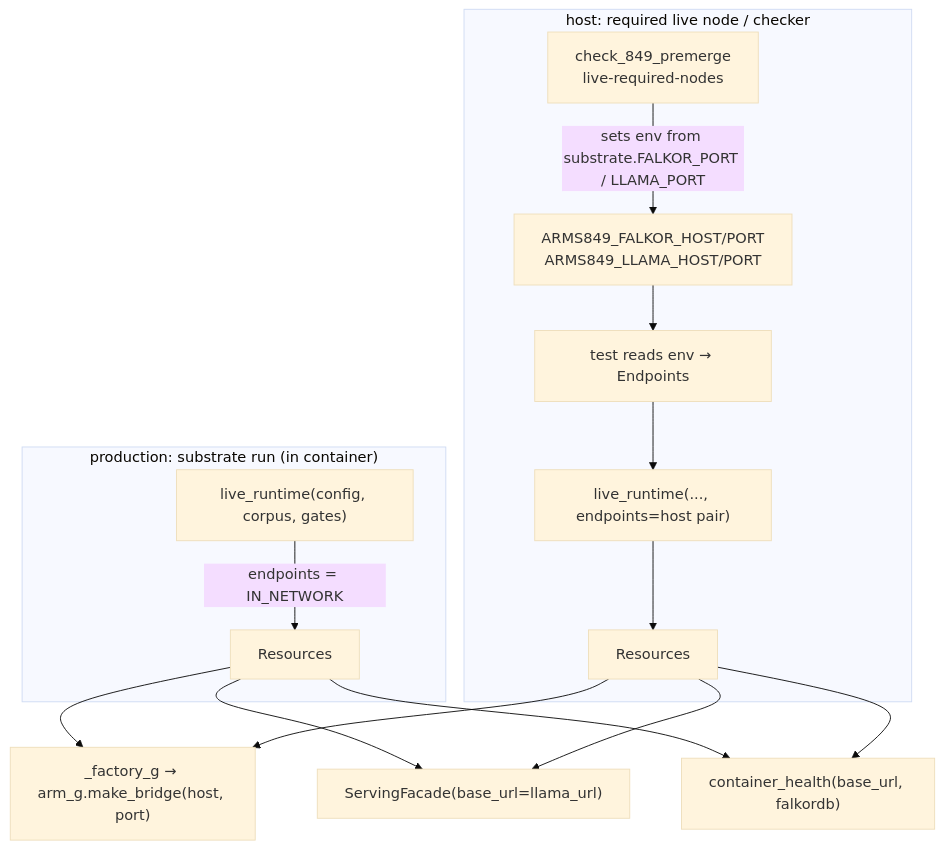
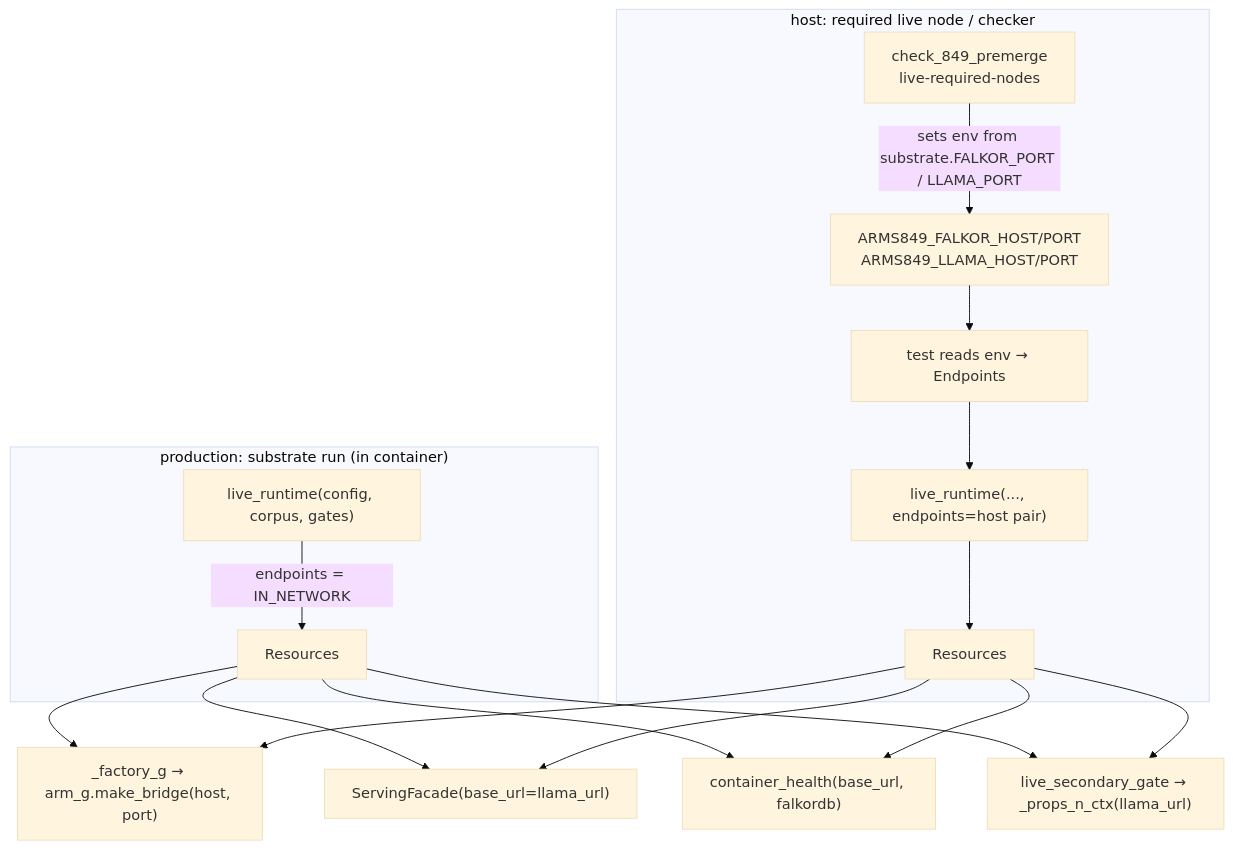
The diagram in kitty-specs/arms849-live-runtime-host-endpoints-01M7Q8F3/plan.md (kentonium3/kg-automation), drawn with Mermaid (base theme) before and after one commit. The commit also changed other lines of this file, not shown here.

Commit message:
Revise plan after post-plan Codex review (REVISE): P-1 props probe follows runtime endpoints, P-2 real factory + invoked callbacks + live llama health, P-3 fresh-process C-001 guard, P-5 per-key verifier tests with independent oracle, P-6 de-gated bounded red-first test; P-4 surfaced to Kent

````diff
--- a/kitty-specs/arms849-live-runtime-host-endpoints-01M7Q8F3/plan.md
+++ b/kitty-specs/arms849-live-runtime-host-endpoints-01M7Q8F3/plan.md
@@ -48,14 +48,15 @@
 ```mermaid
 flowchart TB
   subgraph prod["production: substrate run (in container)"]
     LR0["live_runtime(config, corpus, gates)"] -->|"endpoints = IN_NETWORK"| RES0[Resources]
   end
   subgraph host["host: required live node / checker"]
     ENV["ARMS849_FALKOR_HOST/PORT<br/>ARMS849_LLAMA_HOST/PORT"] --> T["test reads env → Endpoints"]
     CK["check_849_premerge<br/>live-required-nodes"] -->|"sets env from substrate.FALKOR_PORT / LLAMA_PORT"| ENV
     T --> LR1["live_runtime(..., endpoints=host pair)"] --> RES1[Resources]
   end
   RES0 & RES1 --> G["_factory_g → arm_g.make_bridge(host, port)"]
   RES0 & RES1 --> F["ServingFacade(base_url=llama_url)"]
   RES0 & RES1 --> HL["container_health(base_url, falkordb)"]
+  RES0 & RES1 --> PR["live_secondary_gate → _props_n_ctx(llama_url)"]
 ```
````
